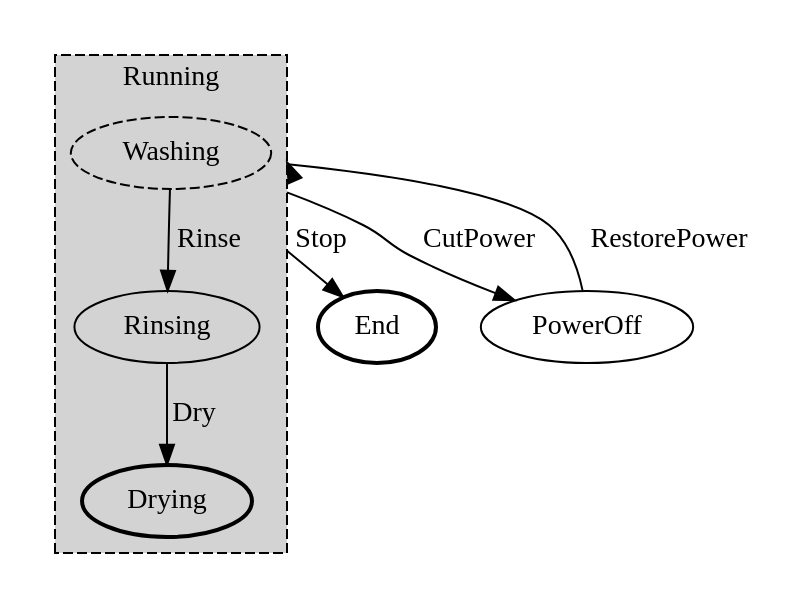
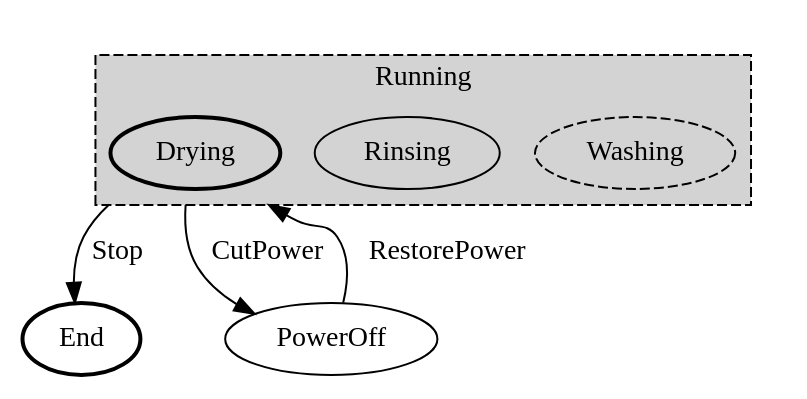
The diagram in net.tangly.fsm/src/site/pics/fsm-washer.dot (tangly-team/tangly-os), drawn with Graphviz before and after one commit. The commit also changed 5 other files, not shown here.

```diff
--- a/net.tangly.fsm/src/site/pics/fsm-washer.dot
+++ b/net.tangly.fsm/src/site/pics/fsm-washer.dot
@@ -1,21 +1,19 @@
 digraph G {
   compound=true;
 
   subgraph cluster1001 {
     style=invis;
     subgraph cluster1 {
       style="visible, dashed, filled";
       label = "Running"
       Washing [style="dashed"];
       Rinsing [];
       Drying [style="bold"];
     }
   }
   End [style="bold"];
   PowerOff [];
-  Washing -> End [ltail=cluster1, label="Stop"];
-  Washing -> PowerOff [ltail=cluster1, label="CutPower"];
-  Washing -> Rinsing [label="Rinse"];
-  Rinsing -> Drying [label="Dry"];
-  PowerOff -> Washing [lhead=cluster1, label="RestorePower"];
+  Drying -> End [ltail=cluster1, label="Stop"];
+  Drying -> PowerOff [ltail=cluster1, label="CutPower"];
+  PowerOff -> Drying [lhead=cluster1, label="RestorePower"];
 }
```
